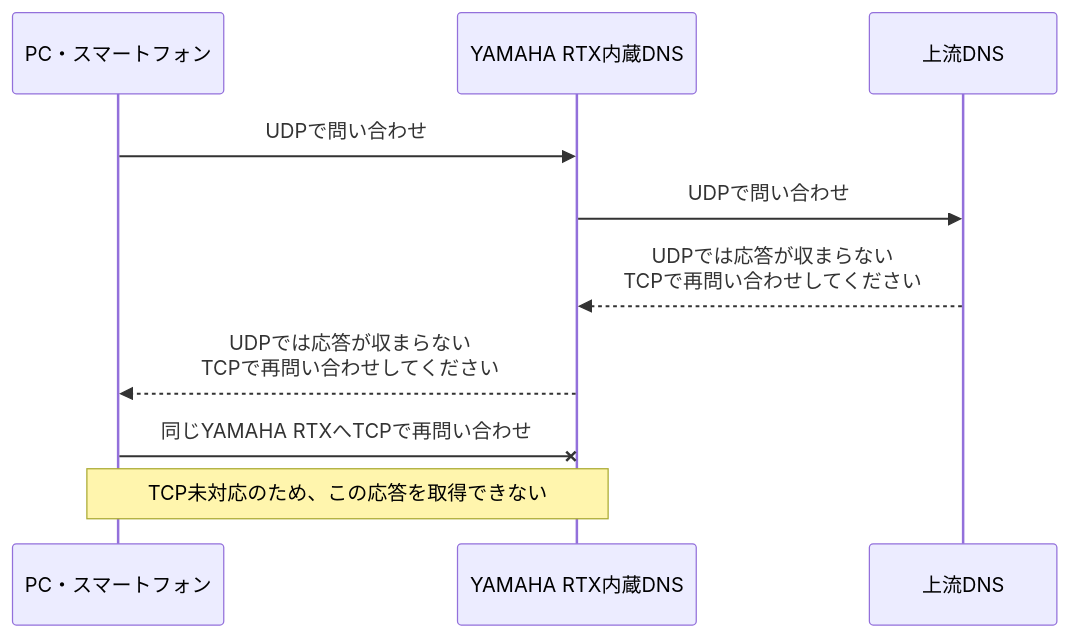
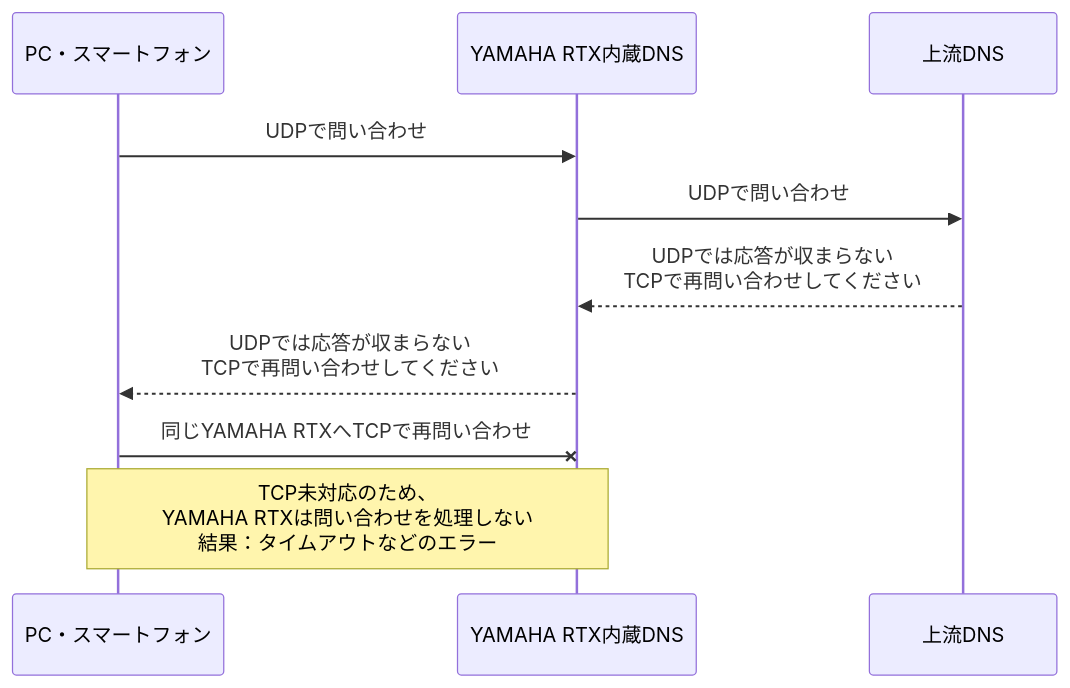
The second of 2 diagrams in README.md (Yamar50/rtx-dns-tcp-lua), drawn with Mermaid before and after one commit.

Commit message:
docs: clarify router behavior and client errors without TCP support

````diff
--- a/README.md
+++ b/README.md
@@ -43,12 +43,12 @@
 ```mermaid
 sequenceDiagram
     participant Client as PC・スマートフォン
     participant Native as YAMAHA RTX内蔵DNS
     participant Upstream as 上流DNS
     Client->>Native: UDPで問い合わせ
     Native->>Upstream: UDPで問い合わせ
     Upstream-->>Native: UDPでは応答が収まらない<br/>TCPで再問い合わせしてください
     Native-->>Client: UDPでは応答が収まらない<br/>TCPで再問い合わせしてください
     Client-xNative: 同じYAMAHA RTXへTCPで再問い合わせ
-    Note over Client,Native: TCP未対応のため、この応答を取得できない
+    Note over Client,Native: TCP未対応のため、<br/>YAMAHA RTXは問い合わせを処理しない<br/>結果：タイムアウトなどのエラー
 ```
````
